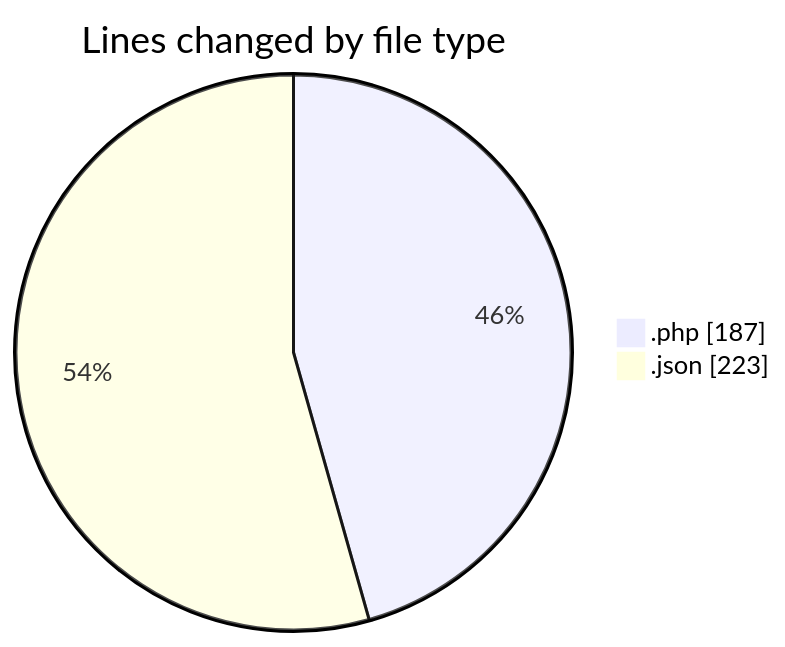
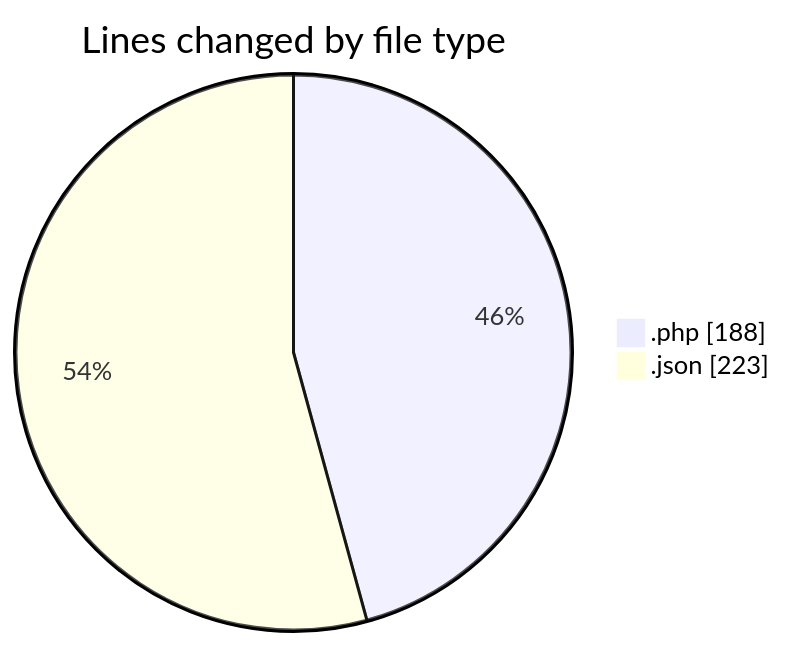
Before and after one commit to idhammustaqopulfikri/code-tracking: the first of 2 diagrams in 2025-03-27/autodidak/README.md, drawn with Mermaid. The commit also changed other lines of this file and 1 other file, not shown here.

````diff
--- a/2025-03-27/autodidak/README.md
+++ b/2025-03-27/autodidak/README.md
@@ -23,6 +23,6 @@
 ```mermaid
 pie showData
 title Lines changed by file type
-".php" : 187
+".php" : 188
 ".json" : 223
 ```
````
